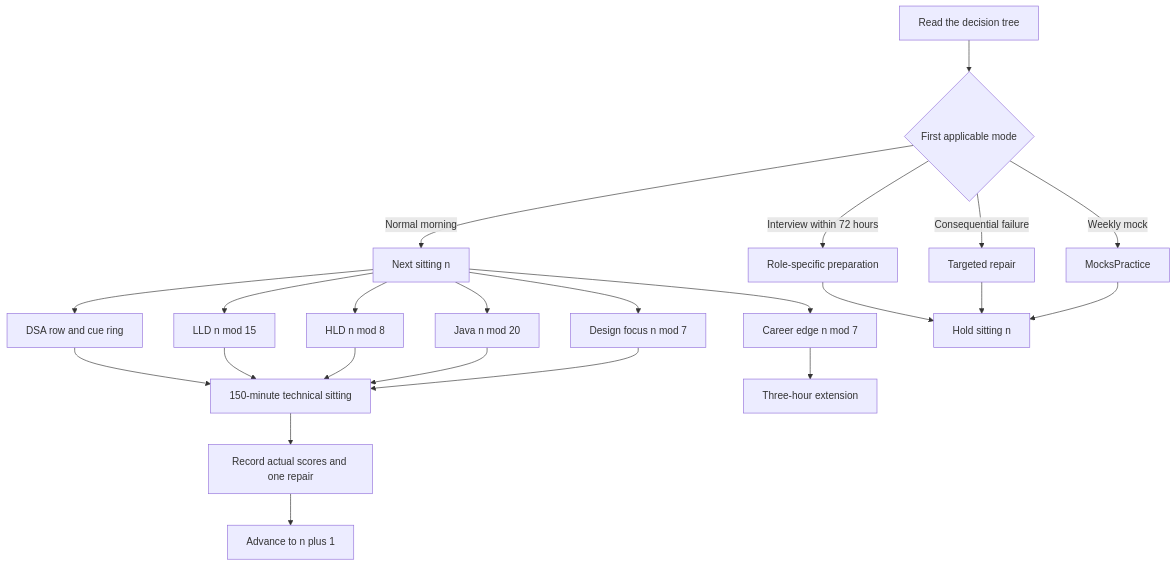
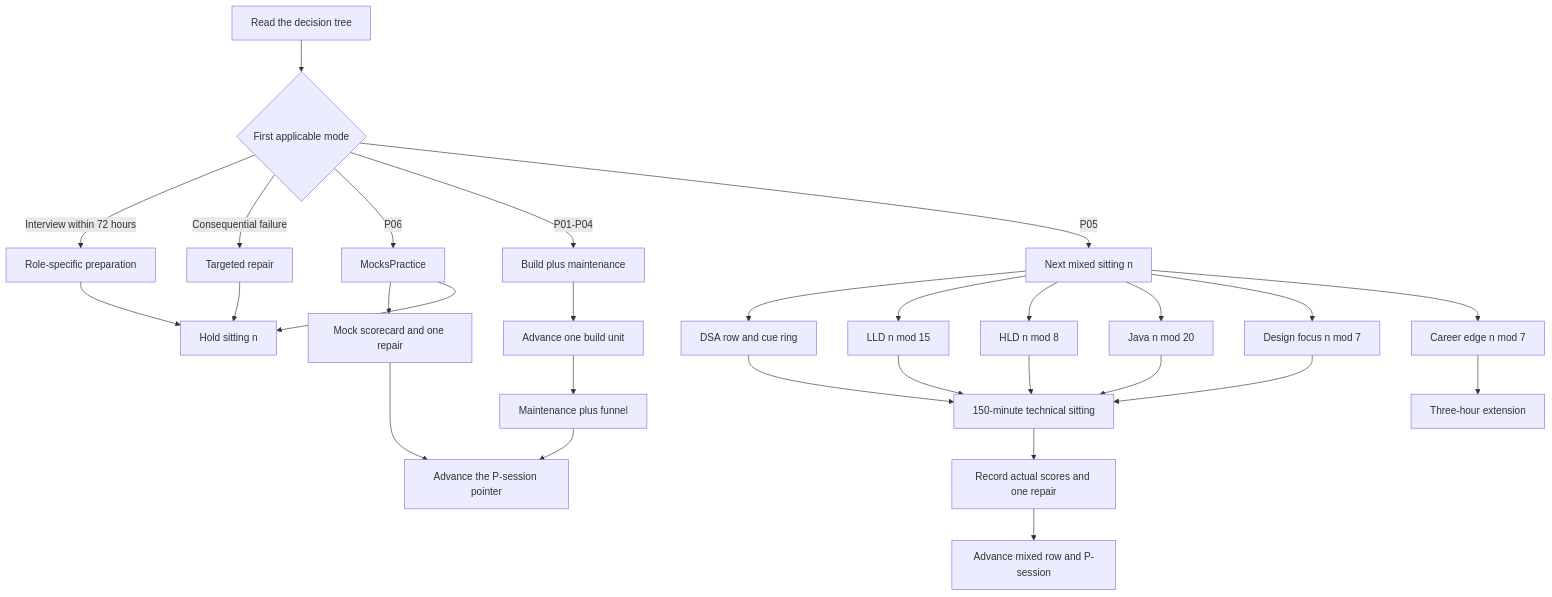
The first of 2 diagrams in dsa-review/interview/START_HERE_INTERVIEW_OPERATING_SYSTEM.md (thechiranjeevjain/DSA10days), drawn with Mermaid before and after one commit. The commit also changed other lines of this file and 3 other files, not shown here.

````diff
--- a/dsa-review/interview/START_HERE_INTERVIEW_OPERATING_SYSTEM.md
+++ b/dsa-review/interview/START_HERE_INTERVIEW_OPERATING_SYSTEM.md
@@ -57,25 +56,31 @@
 ```mermaid
 flowchart TD
     A[Read the decision tree] --> B{First applicable mode}
     B -->|Interview within 72 hours| I[Role-specific preparation]
     B -->|Consequential failure| R[Targeted repair]
-    B -->|Weekly mock| M[MocksPractice]
-    B -->|Normal morning| P[Next sitting n]
-    P --> D[DSA row and cue ring]
-    P --> L[LLD n mod 15]
-    P --> H[HLD n mod 8]
-    P --> J[Java n mod 20]
-    P --> F[Design focus n mod 7]
-    P --> E[Career edge n mod 7]
+    B -->|P06| M[MocksPractice]
+    B -->|P01-P04| P[Build plus maintenance]
+    B -->|P05| Q[Next mixed sitting n]
+    P --> U[Advance one build unit]
+    U --> V[Maintenance plus funnel]
+    V --> W[Advance the P-session pointer]
+    Q --> D[DSA row and cue ring]
+    Q --> L[LLD n mod 15]
+    Q --> H[HLD n mod 8]
+    Q --> J[Java n mod 20]
+    Q --> F[Design focus n mod 7]
+    Q --> E[Career edge n mod 7]
     D --> T[150-minute technical sitting]
     L --> T
     H --> T
     J --> T
     F --> T
     E --> X[Three-hour extension]
     T --> S[Record actual scores and one repair]
-    S --> N[Advance to n plus 1]
+    S --> N[Advance mixed row and P-session]
+    M --> Z[Mock scorecard and one repair]
+    Z --> W
     I --> K[Hold sitting n]
     R --> K
     M --> K
 ```
````
